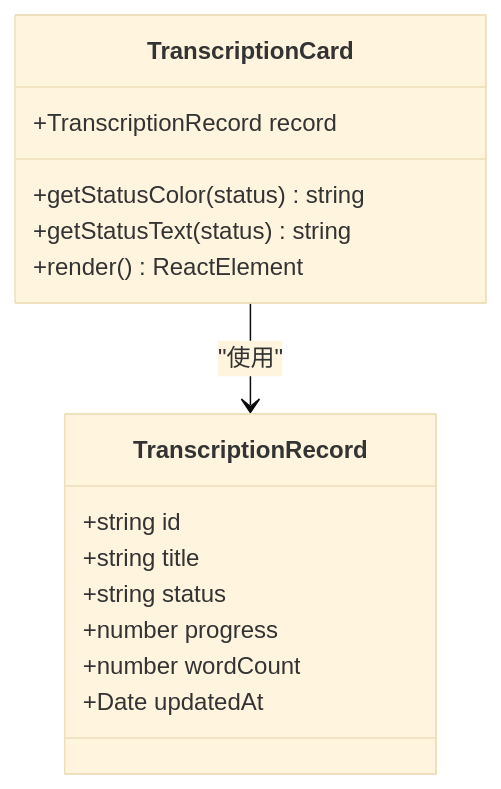
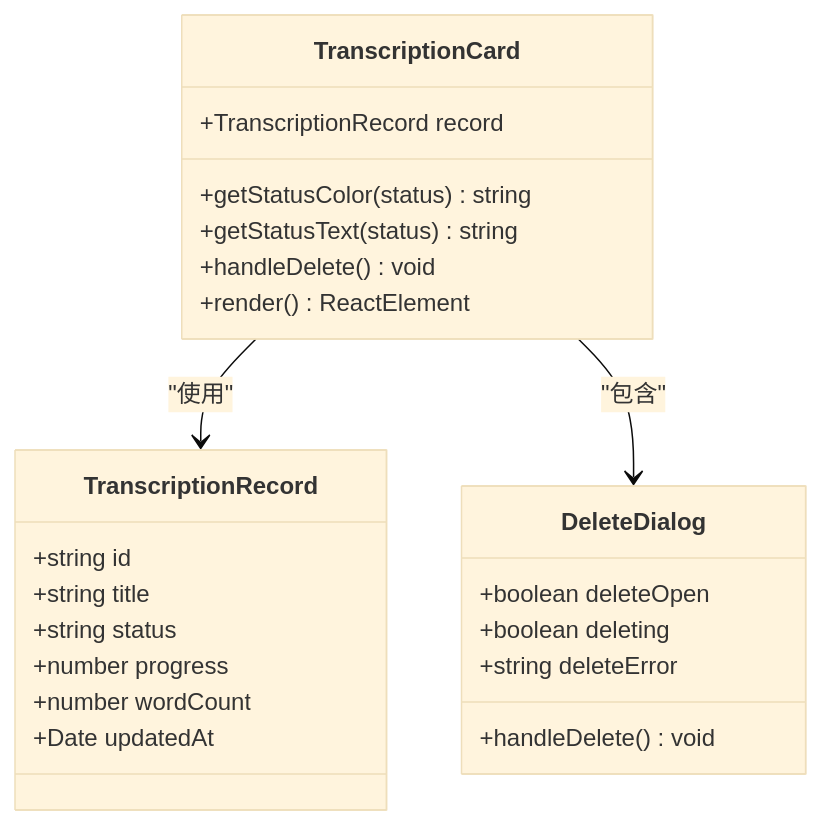
Before and after one commit to clawbotai/memo-flow: the eighth of 13 diagrams in .qoder/repowiki/zh/content/Transcription History System.md, drawn with Mermaid (base theme). The commit also changed other lines of this file and 4 other files, not shown here.

````diff
--- a/.qoder/repowiki/zh/content/Transcription History System.md
+++ b/.qoder/repowiki/zh/content/Transcription History System.md
@@ -266,18 +323,26 @@
 ```mermaid
 classDiagram
 class TranscriptionCard {
 +TranscriptionRecord record
 +getStatusColor(status) string
 +getStatusText(status) string
++handleDelete() void
 +render() ReactElement
+}
+class DeleteDialog {
++boolean deleteOpen
++boolean deleting
++string deleteError
++handleDelete() void
 }
 class TranscriptionRecord {
 +string id
 +string title
 +string status
 +number progress
 +number wordCount
 +Date updatedAt
 }
 TranscriptionCard --> TranscriptionRecord : "使用"
+TranscriptionCard --> DeleteDialog : "包含"
 ```
````
